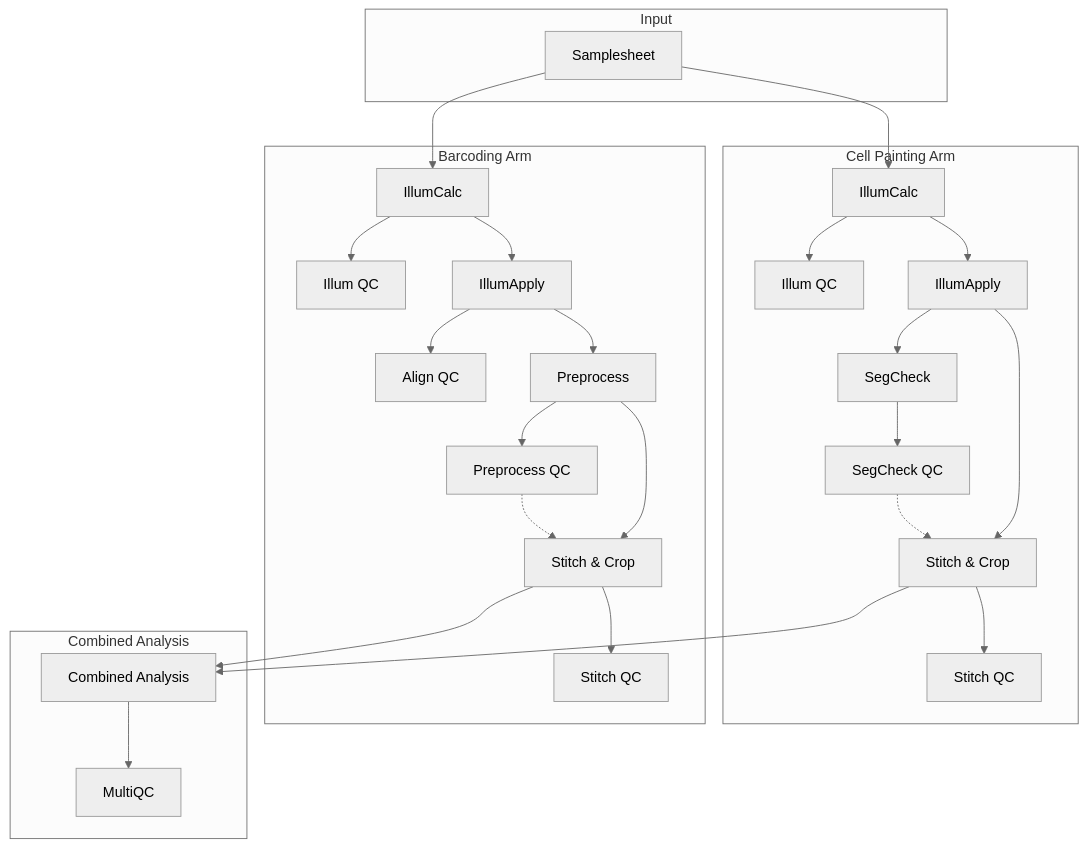
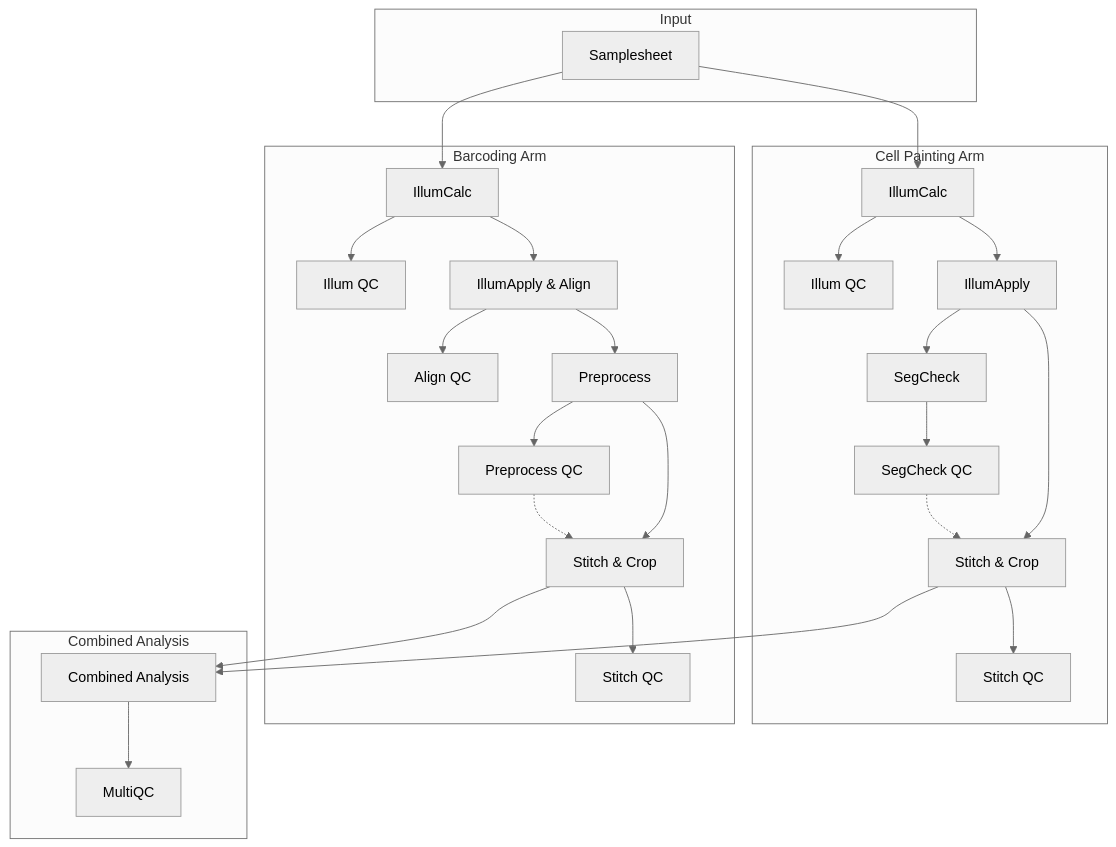
The diagram in docs/guide.md (broadinstitute/nf-pooled-cellpainting), drawn with Mermaid (neutral theme) before and after one commit. The commit also changed other lines of this file and 5 other files, not shown here.

````diff
--- a/docs/guide.md
+++ b/docs/guide.md
@@ -34,56 +23,56 @@
 ```mermaid
 flowchart TD
     subgraph Input
         Samplesheet[Samplesheet]
     end
 
     subgraph "Cell Painting Arm"
         CP_IllumCalc[IllumCalc]
         CP_IllumQC[Illum QC]
         CP_IllumApply[IllumApply]
         CP_SegCheck[SegCheck]
         CP_SegCheckQC[SegCheck QC]
         CP_StitchCrop[Stitch & Crop]
         CP_StitchQC[Stitch QC]
     end
 
     subgraph "Barcoding Arm"
         BC_IllumCalc[IllumCalc]
         BC_IllumQC[Illum QC]
-        BC_IllumApply[IllumApply]
+        BC_IllumApply[IllumApply & Align]
         BC_AlignQC[Align QC]
         BC_Preprocess[Preprocess]
         BC_PreprocessQC[Preprocess QC]
         BC_StitchCrop[Stitch & Crop]
         BC_StitchQC[Stitch QC]
     end
 
     subgraph "Combined Analysis"
         CombinedAnalysis[Combined Analysis]
         MultiQC[MultiQC]
     end
 
     Samplesheet --> CP_IllumCalc
     Samplesheet --> BC_IllumCalc
 
     CP_IllumCalc --> CP_IllumQC
     CP_IllumCalc --> CP_IllumApply
     CP_IllumApply --> CP_SegCheck
     CP_SegCheck --> CP_SegCheckQC
     CP_SegCheckQC -.-> CP_StitchCrop
     CP_IllumApply --> CP_StitchCrop
     CP_StitchCrop --> CP_StitchQC
 
     BC_IllumCalc --> BC_IllumQC
     BC_IllumCalc --> BC_IllumApply
     BC_IllumApply --> BC_AlignQC
     BC_IllumApply --> BC_Preprocess
     BC_Preprocess --> BC_PreprocessQC
     BC_PreprocessQC -.-> BC_StitchCrop
     BC_Preprocess --> BC_StitchCrop
     BC_StitchCrop --> BC_StitchQC
 
     CP_StitchCrop --> CombinedAnalysis
     BC_StitchCrop --> CombinedAnalysis
     CombinedAnalysis --> MultiQC
 ```
````
